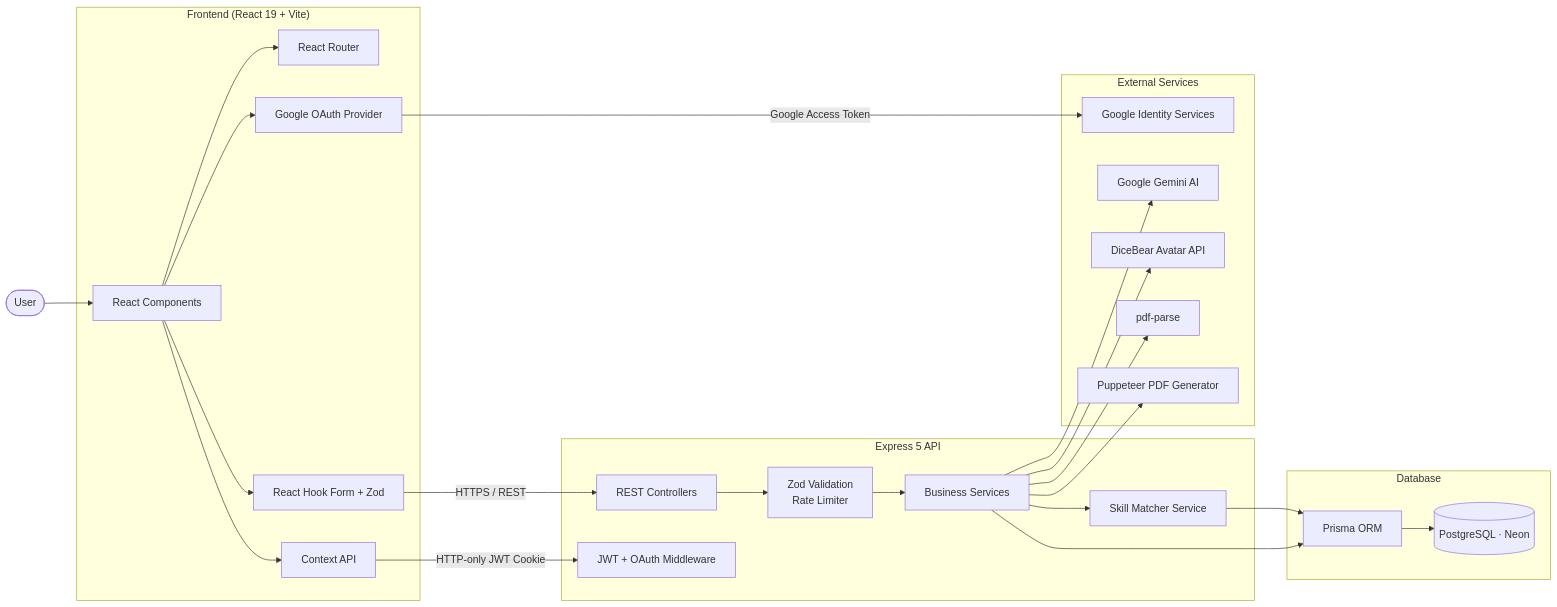
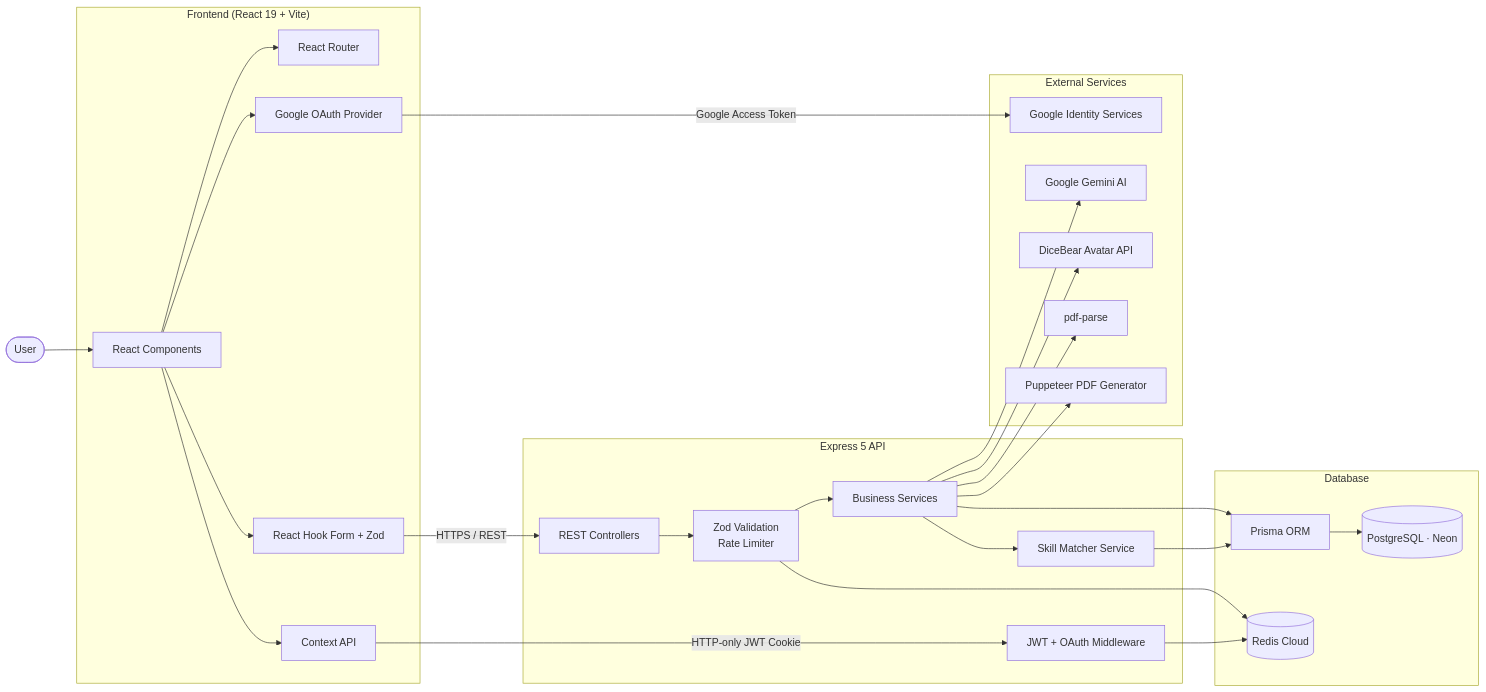
One commit to SahilSameer18/skillbridgeAI changed the diagram in README.md. Above: the diagram before and after it, drawn with Mermaid. The commit also changed other lines of this file and 1 other file, not shown here.

Commit message:
updated the readme for redis and added api docs in root

````diff
--- a/README.md
+++ b/README.md
@@ -55,57 +57,61 @@
 ```mermaid
 flowchart LR
 
     User([User])
 
     subgraph Frontend["Frontend (React 19 + Vite)"]
         UI[React Components]
         Router[React Router]
         Context[Context API]
         OAuth[Google OAuth Provider]
         Forms[React Hook Form + Zod]
     end
 
     subgraph Backend["Express 5 API"]
         API[REST Controllers]
         Auth[JWT + OAuth Middleware]
         Middleware[Zod Validation<br/>Rate Limiter]
         Services[Business Services]
         Matcher[Skill Matcher Service]
     end
 
     subgraph Database["Database"]
         Prisma[Prisma ORM]
         DB[(PostgreSQL · Neon)]
+        RedisCache[(Redis Cloud)]
     end
 
     subgraph External["External Services"]
         GoogleOAuth[Google Identity Services]
         Gemini[Google Gemini AI]
         DiceBear[DiceBear Avatar API]
         Parser[pdf-parse]
         PDF[Puppeteer PDF Generator]
     end
 
     User --> UI
     UI --> Router
     UI --> Context
     UI --> OAuth
     UI --> Forms
 
     OAuth -->|Google Access Token| GoogleOAuth
     Forms -->|HTTPS / REST| API
     Context -->|HTTP-only JWT Cookie| Auth
 
     API --> Middleware
     Middleware --> Services
+    
+    Auth --> RedisCache
+    Middleware --> RedisCache
 
     Services --> Gemini
     Services --> Parser
     Services --> PDF
     Services --> Matcher
     Services --> DiceBear
 
     Matcher --> Prisma
     Services --> Prisma
     Prisma --> DB
 ```
````
